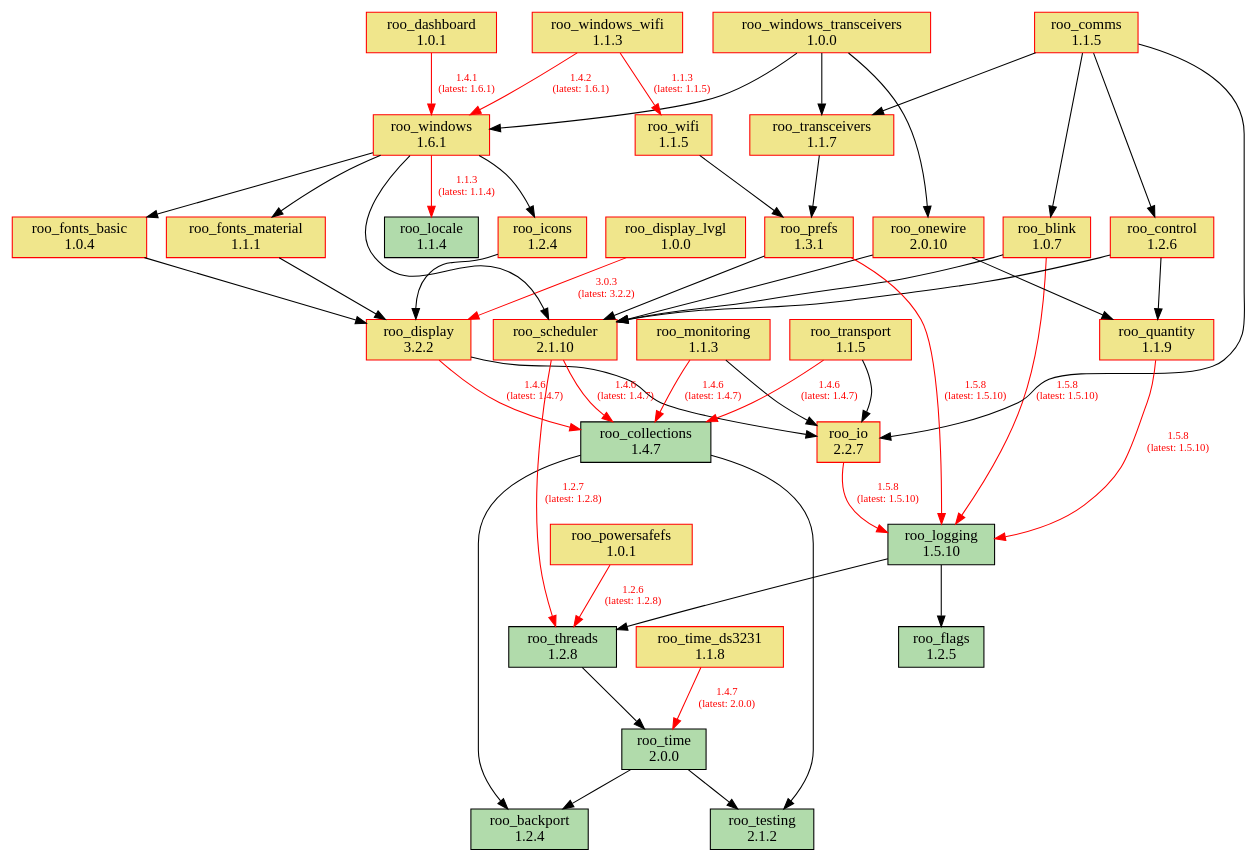
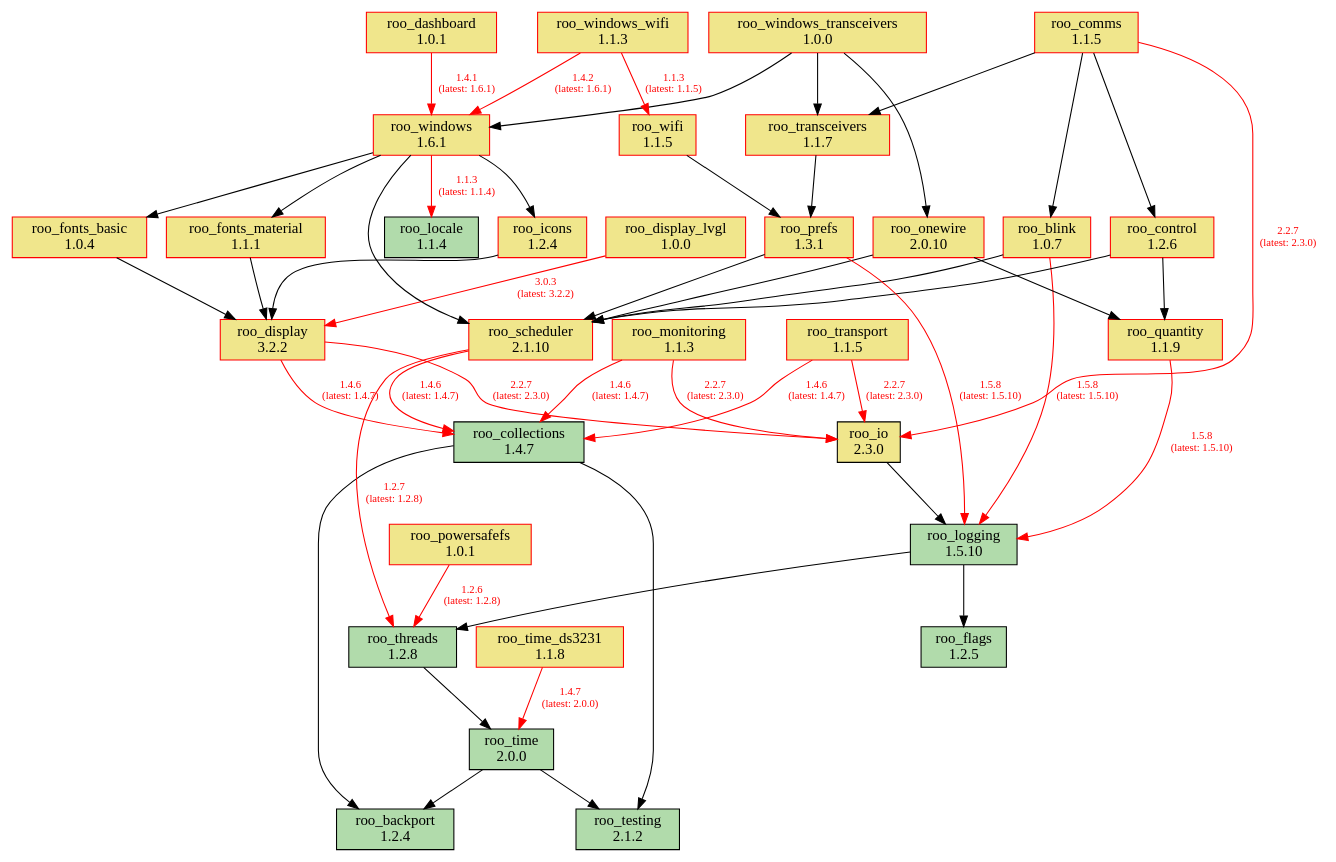
The diagram in doc/dependencies.dot (dejwk/roo-registry), drawn with Graphviz before and after one commit. The commit also changed 3 other files, not shown here.

```diff
--- a/doc/dependencies.dot
+++ b/doc/dependencies.dot
@@ -1,88 +1,88 @@
 digraph dependencies {
     rankdir=TB;
     node [shape=box, style=filled];
     edge [fontsize=10];
 
     // Modules
     "roo_backport" [label="roo_backport\n1.2.4", fillcolor="#b1dbab", color="black"];
     "roo_blink" [label="roo_blink\n1.0.7", fillcolor="khaki", color="red"];
     "roo_collections" [label="roo_collections\n1.4.7", fillcolor="#b1dbab", color="black"];
     "roo_comms" [label="roo_comms\n1.1.5", fillcolor="khaki", color="red"];
     "roo_control" [label="roo_control\n1.2.6", fillcolor="khaki", color="red"];
     "roo_dashboard" [label="roo_dashboard\n1.0.1", fillcolor="khaki", color="red"];
     "roo_display" [label="roo_display\n3.2.2", fillcolor="khaki", color="red"];
     "roo_display_lvgl" [label="roo_display_lvgl\n1.0.0", fillcolor="khaki", color="red"];
     "roo_flags" [label="roo_flags\n1.2.5", fillcolor="#b1dbab", color="black"];
     "roo_fonts_basic" [label="roo_fonts_basic\n1.0.4", fillcolor="khaki", color="red"];
     "roo_fonts_material" [label="roo_fonts_material\n1.1.1", fillcolor="khaki", color="red"];
     "roo_icons" [label="roo_icons\n1.2.4", fillcolor="khaki", color="red"];
-    "roo_io" [label="roo_io\n2.2.7", fillcolor="khaki", color="red"];
+    "roo_io" [label="roo_io\n2.3.0", fillcolor="khaki", color="black"];
     "roo_locale" [label="roo_locale\n1.1.4", fillcolor="#b1dbab", color="black"];
     "roo_logging" [label="roo_logging\n1.5.10", fillcolor="#b1dbab", color="black"];
     "roo_monitoring" [label="roo_monitoring\n1.1.3", fillcolor="khaki", color="red"];
     "roo_onewire" [label="roo_onewire\n2.0.10", fillcolor="khaki", color="red"];
     "roo_powersafefs" [label="roo_powersafefs\n1.0.1", fillcolor="khaki", color="red"];
     "roo_prefs" [label="roo_prefs\n1.3.1", fillcolor="khaki", color="red"];
     "roo_quantity" [label="roo_quantity\n1.1.9", fillcolor="khaki", color="red"];
     "roo_scheduler" [label="roo_scheduler\n2.1.10", fillcolor="khaki", color="red"];
     "roo_testing" [label="roo_testing\n2.1.2", fillcolor="#b1dbab", color="black"];
     "roo_threads" [label="roo_threads\n1.2.8", fillcolor="#b1dbab", color="black"];
     "roo_time" [label="roo_time\n2.0.0", fillcolor="#b1dbab", color="black"];
     "roo_time_ds3231" [label="roo_time_ds3231\n1.1.8", fillcolor="khaki", color="red"];
     "roo_transceivers" [label="roo_transceivers\n1.1.7", fillcolor="khaki", color="red"];
     "roo_transport" [label="roo_transport\n1.1.5", fillcolor="khaki", color="red"];
     "roo_wifi" [label="roo_wifi\n1.1.5", fillcolor="khaki", color="red"];
     "roo_windows" [label="roo_windows\n1.6.1", fillcolor="khaki", color="red"];
     "roo_windows_transceivers" [label="roo_windows_transceivers\n1.0.0", fillcolor="khaki", color="red"];
     "roo_windows_wifi" [label="roo_windows_wifi\n1.1.3", fillcolor="khaki", color="red"];
 
     // Dependencies
     "roo_blink" -> "roo_logging" [color=red, fontcolor=red, label="1.5.8\n(latest: 1.5.10)"];
     "roo_blink" -> "roo_scheduler";
     "roo_collections" -> "roo_testing";
     "roo_collections" -> "roo_backport";
     "roo_comms" -> "roo_blink";
     "roo_comms" -> "roo_control";
-    "roo_comms" -> "roo_io";
+    "roo_comms" -> "roo_io" [color=red, fontcolor=red, label="2.2.7\n(latest: 2.3.0)"];
     "roo_comms" -> "roo_transceivers";
     "roo_control" -> "roo_quantity";
     "roo_control" -> "roo_scheduler";
     "roo_dashboard" -> "roo_windows" [color=red, fontcolor=red, label="1.4.1\n(latest: 1.6.1)"];
     "roo_display" -> "roo_collections" [color=red, fontcolor=red, label="1.4.6\n(latest: 1.4.7)"];
-    "roo_display" -> "roo_io";
+    "roo_display" -> "roo_io" [color=red, fontcolor=red, label="2.2.7\n(latest: 2.3.0)"];
     "roo_display_lvgl" -> "roo_display" [color=red, fontcolor=red, label="3.0.3\n(latest: 3.2.2)"];
     "roo_fonts_basic" -> "roo_display";
     "roo_fonts_material" -> "roo_display";
     "roo_icons" -> "roo_display";
-    "roo_io" -> "roo_logging" [color=red, fontcolor=red, label="1.5.8\n(latest: 1.5.10)"];
+    "roo_io" -> "roo_logging";
     "roo_logging" -> "roo_flags";
     "roo_logging" -> "roo_threads";
     "roo_monitoring" -> "roo_collections" [color=red, fontcolor=red, label="1.4.6\n(latest: 1.4.7)"];
-    "roo_monitoring" -> "roo_io";
+    "roo_monitoring" -> "roo_io" [color=red, fontcolor=red, label="2.2.7\n(latest: 2.3.0)"];
     "roo_onewire" -> "roo_scheduler";
     "roo_onewire" -> "roo_quantity";
     "roo_powersafefs" -> "roo_threads" [color=red, fontcolor=red, label="1.2.6\n(latest: 1.2.8)"];
     "roo_prefs" -> "roo_logging" [color=red, fontcolor=red, label="1.5.8\n(latest: 1.5.10)"];
     "roo_prefs" -> "roo_scheduler";
     "roo_quantity" -> "roo_logging" [color=red, fontcolor=red, label="1.5.8\n(latest: 1.5.10)"];
     "roo_scheduler" -> "roo_collections" [color=red, fontcolor=red, label="1.4.6\n(latest: 1.4.7)"];
     "roo_scheduler" -> "roo_threads" [color=red, fontcolor=red, label="1.2.7\n(latest: 1.2.8)"];
     "roo_threads" -> "roo_time";
     "roo_time" -> "roo_testing";
     "roo_time" -> "roo_backport";
     "roo_time_ds3231" -> "roo_time" [color=red, fontcolor=red, label="1.4.7\n(latest: 2.0.0)"];
     "roo_transceivers" -> "roo_prefs";
     "roo_transport" -> "roo_collections" [color=red, fontcolor=red, label="1.4.6\n(latest: 1.4.7)"];
-    "roo_transport" -> "roo_io";
+    "roo_transport" -> "roo_io" [color=red, fontcolor=red, label="2.2.7\n(latest: 2.3.0)"];
     "roo_wifi" -> "roo_prefs";
     "roo_windows" -> "roo_fonts_basic";
     "roo_windows" -> "roo_fonts_material";
     "roo_windows" -> "roo_locale" [color=red, fontcolor=red, label="1.1.3\n(latest: 1.1.4)"];
     "roo_windows" -> "roo_icons";
     "roo_windows" -> "roo_scheduler";
     "roo_windows_transceivers" -> "roo_onewire";
     "roo_windows_transceivers" -> "roo_transceivers";
     "roo_windows_transceivers" -> "roo_windows";
     "roo_windows_wifi" -> "roo_wifi" [color=red, fontcolor=red, label="1.1.3\n(latest: 1.1.5)"];
     "roo_windows_wifi" -> "roo_windows" [color=red, fontcolor=red, label="1.4.2\n(latest: 1.6.1)"];
 }
```
